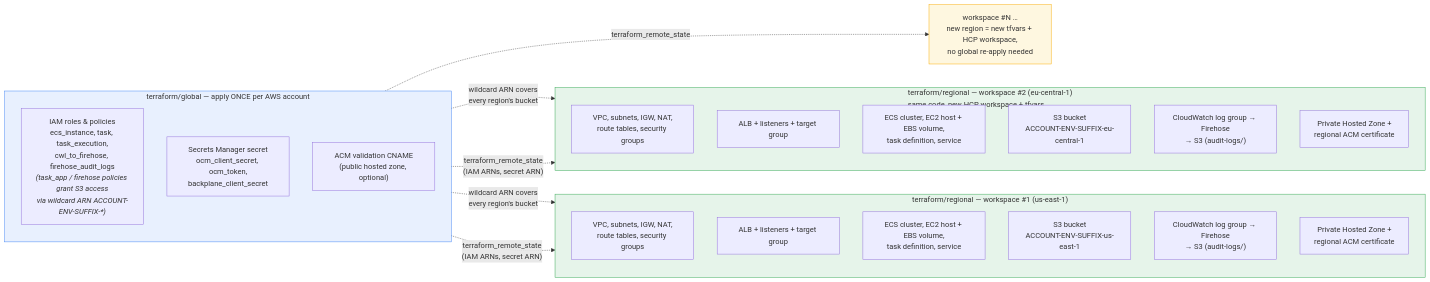
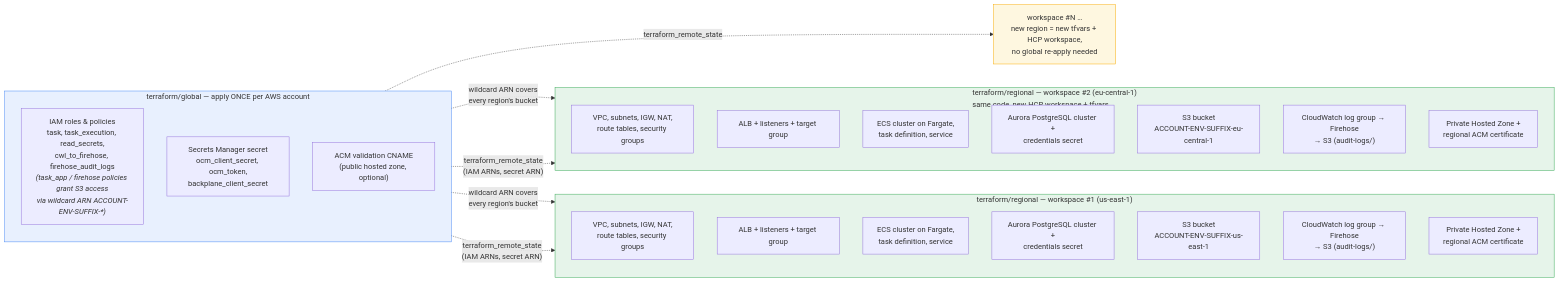
One commit to openshift-online/rosa-boundary changed the diagram in components/trusted-actions/docs/deployment.md. Above: the diagram before and after it, drawn with Mermaid. The commit also changed other lines of this file and 18 other files, not shown here.

First line of the commit message:
feat(trusted-actions): run the service on Fargate against Aurora

````diff
--- a/components/trusted-actions/docs/deployment.md
+++ b/components/trusted-actions/docs/deployment.md
@@ -21,41 +23,43 @@
 ```mermaid
 flowchart LR
     subgraph GLOBAL["terraform/global — apply ONCE per AWS account"]
         direction TB
-        IAM["IAM roles & policies<br/>ecs_instance, task, task_execution,<br/>cwl_to_firehose, firehose_audit_logs<br/><i>(task_app / firehose policies grant S3 access<br/>via wildcard ARN ACCOUNT-ENV-SUFFIX-*)</i>"]
+        IAM["IAM roles & policies<br/>task, task_execution, read_secrets,<br/>cwl_to_firehose, firehose_audit_logs<br/><i>(task_app / firehose policies grant S3 access<br/>via wildcard ARN ACCOUNT-ENV-SUFFIX-*)</i>"]
         SECRETS["Secrets Manager secret<br/>ocm_client_secret, ocm_token,<br/>backplane_client_secret"]
         DNSG["ACM validation CNAME<br/>(public hosted zone, optional)"]
     end
     style GLOBAL fill:#e8f0fe,stroke:#4285f4
 
     subgraph R1["terraform/regional — workspace #1 (us-east-1)"]
         direction TB
         NET1["VPC, subnets, IGW, NAT,<br/>route tables, security groups"]
         ALB1["ALB + listeners + target group"]
-        ECS1["ECS cluster, EC2 host + EBS volume,<br/>task definition, service"]
+        ECS1["ECS cluster on Fargate,<br/>task definition, service"]
+        DB1["Aurora PostgreSQL cluster +<br/>credentials secret"]
         S31["S3 bucket<br/>ACCOUNT-ENV-SUFFIX-us-east-1"]
         AUDIT1["CloudWatch log group → Firehose<br/>→ S3 (audit-logs/)"]
         DNS1["Private Hosted Zone +<br/>regional ACM certificate"]
     end
     style R1 fill:#e6f4ea,stroke:#34a853
 
     subgraph R2["terraform/regional — workspace #2 (eu-central-1)<br/>same code, new HCP workspace + tfvars"]
         direction TB
         NET2["VPC, subnets, IGW, NAT,<br/>route tables, security groups"]
         ALB2["ALB + listeners + target group"]
-        ECS2["ECS cluster, EC2 host + EBS volume,<br/>task definition, service"]
+        ECS2["ECS cluster on Fargate,<br/>task definition, service"]
+        DB2["Aurora PostgreSQL cluster +<br/>credentials secret"]
         S32["S3 bucket<br/>ACCOUNT-ENV-SUFFIX-eu-central-1"]
         AUDIT2["CloudWatch log group → Firehose<br/>→ S3 (audit-logs/)"]
         DNS2["Private Hosted Zone +<br/>regional ACM certificate"]
     end
     style R2 fill:#e6f4ea,stroke:#34a853
 
     R3["workspace #N …<br/>new region = new tfvars + HCP workspace,<br/>no global re-apply needed"]
     style R3 fill:#fef7e0,stroke:#f9ab00
 
     GLOBAL -. "terraform_remote_state<br/>(IAM ARNs, secret ARN)" .-> R1
     GLOBAL -. "terraform_remote_state<br/>(IAM ARNs, secret ARN)" .-> R2
     GLOBAL -. "terraform_remote_state" .-> R3
     IAM -. "wildcard ARN covers<br/>every region's bucket" .-> S31
     IAM -. "wildcard ARN covers<br/>every region's bucket" .-> S32
 ```
````
